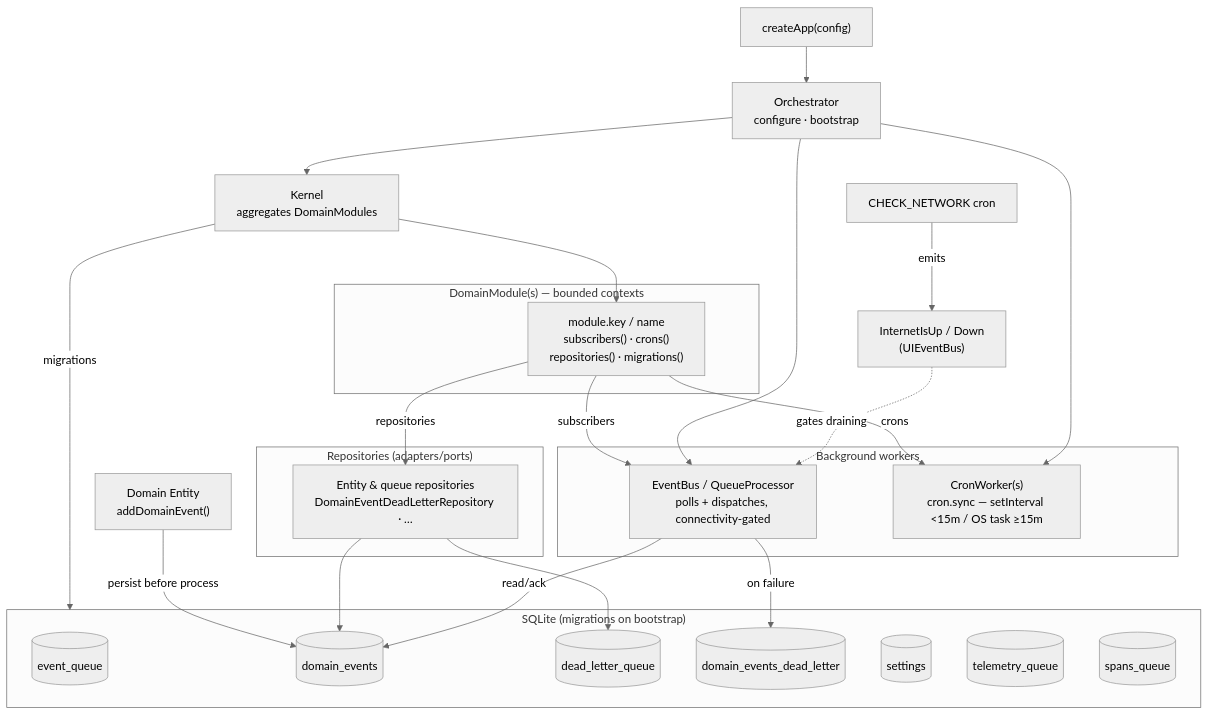
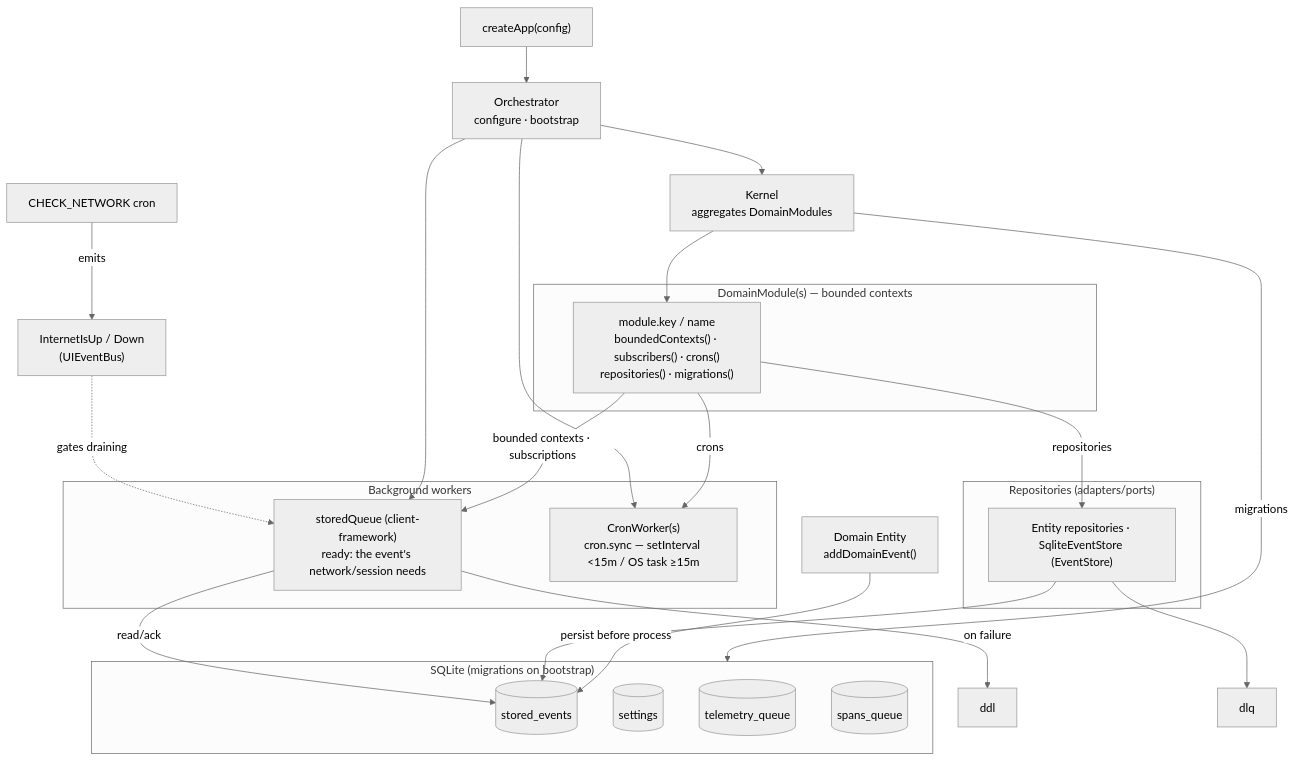
One commit to Sincpro-SRL/sincpro_mobile changed the first of 2 diagrams in README.md. Above: the diagram before and after it, drawn with Mermaid (neutral theme). The commit also changed other lines of this file and 128 other files, not shown here.

First line of the commit message:
major(client-framework): run the mobile core on @sincpro/client-framework's process, layer loggers and failure kinds (#64)

````diff
--- a/README.md
+++ b/README.md
@@ -154,45 +157,42 @@
 ```mermaid
 flowchart TB
     createApp["createApp(config)"] --> orch["Orchestrator<br/>configure · bootstrap"]
     orch --> kernel["Kernel<br/>aggregates DomainModules"]
 
     subgraph MODULES["DomainModule(s) — bounded contexts"]
-        mod["module.key / name<br/>subscribers() · crons()<br/>repositories() · migrations()"]
+        mod["module.key / name<br/>boundedContexts() · subscribers() · crons()<br/>repositories() · migrations()"]
     end
     kernel --> mod
 
     subgraph WORKERS["Background workers"]
-        qp["EventBus / QueueProcessor<br/>polls + dispatches, connectivity-gated"]
+        qp["storedQueue (client-framework)<br/>ready: the event's network/session needs"]
         crons["CronWorker(s)<br/>cron.sync — setInterval &lt;15m / OS task ≥15m"]
     end
 
     subgraph STORE["SQLite (migrations on bootstrap)"]
-        ev[("event_queue")]
-        de[("domain_events")]
-        dlq[("dead_letter_queue")]
-        ddl[("domain_events_dead_letter")]
+        de[("stored_events")]
         settings[("settings")]
         tq[("telemetry_queue")]
         sq[("spans_queue")]
     end
 
     subgraph REPOS["Repositories (adapters/ports)"]
-        repo["Entity & queue repositories<br/>DomainEventDeadLetterRepository · …"]
+        repo["Entity repositories · SqliteEventStore (EventStore)"]
     end
 
     netcron["CHECK_NETWORK cron"] -->|emits| netev["InternetIsUp / Down<br/>(UIEventBus)"]
     netev -.->|gates draining| qp
 
     orch --> qp
     orch --> crons
     kernel -->|migrations| STORE
-    mod -->|subscribers| qp
+    mod -->|bounded contexts · subscriptions| qp
     mod -->|crons| crons
     mod -->|repositories| repo
 
     qp -->|read/ack| de
     qp -->|on failure| ddl
     repo --> de
     repo --> dlq
     entity["Domain Entity<br/>addDomainEvent()"] -->|persist before process| de
 ```
````
